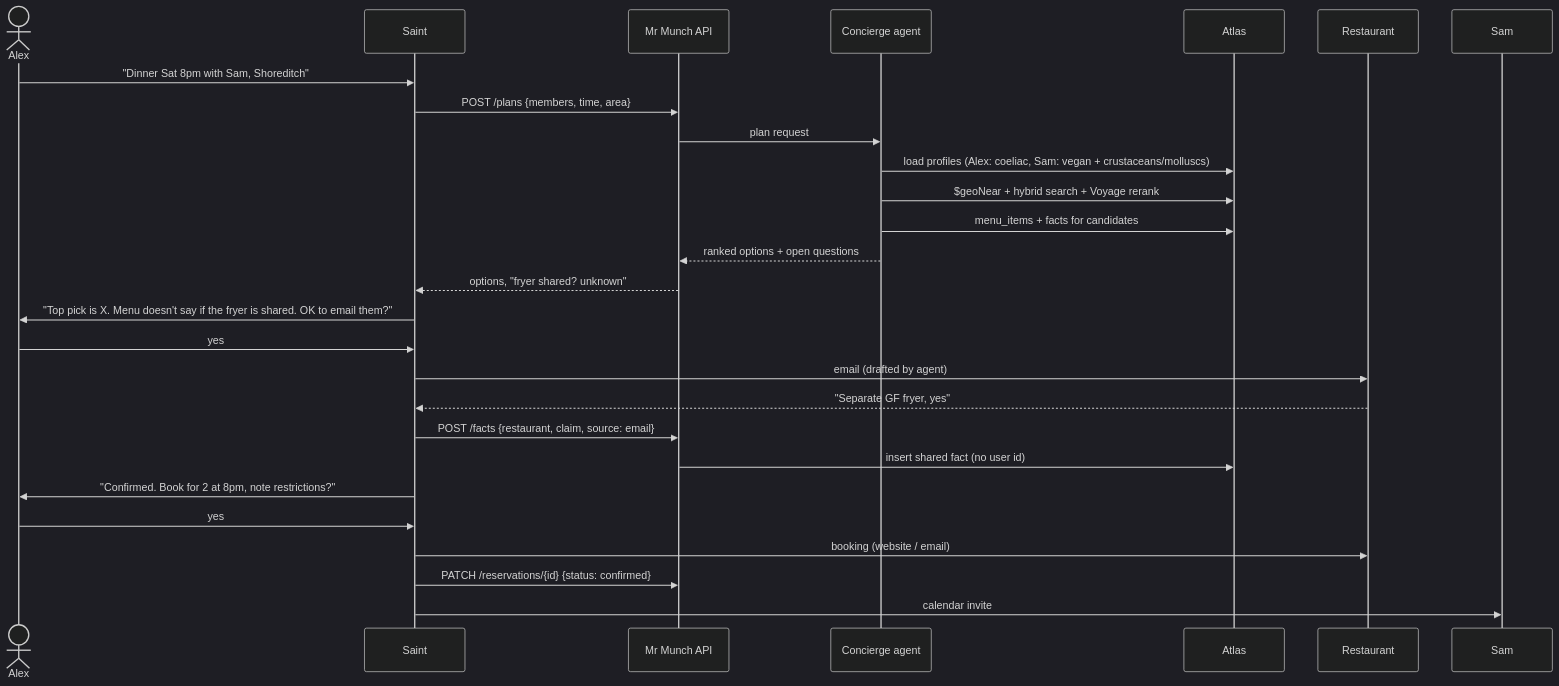
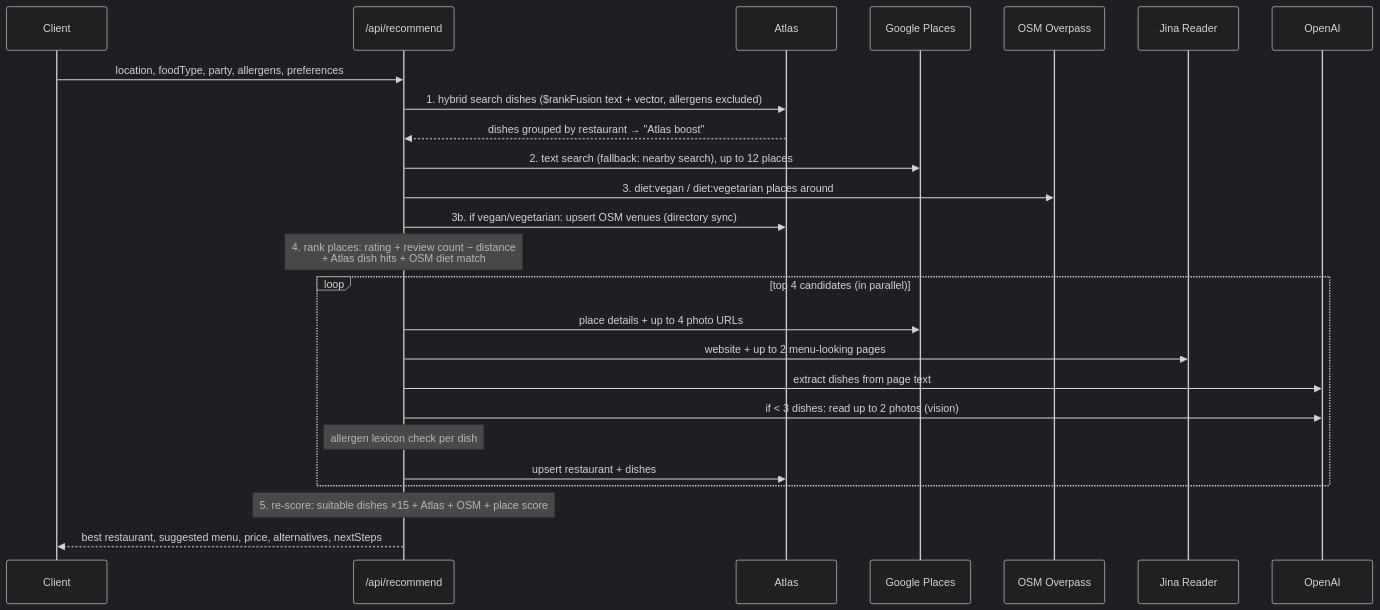
One commit to 0xr3x/mr-munch changed the second of 2 diagrams in docs/DESIGN.md. Above: the diagram before and after it, drawn with Mermaid (dark theme). The commit also changed other lines of this file, not shown here.

````diff
--- a/docs/DESIGN.md
+++ b/docs/DESIGN.md
@@ -90,29 +107,28 @@
 ```mermaid
 sequenceDiagram
-    actor Alex
-    participant Saint
-    participant API as Mr Munch API
-    participant Agent as Concierge agent
-    participant DB as Atlas
-    participant R as Restaurant
+    participant C as Client
+    participant API as /api/recommend
+    participant A as Atlas
+    participant G as Google Places
+    participant O as OSM Overpass
+    participant W as Jina Reader
+    participant AI as OpenAI
 
-    Alex->>Saint: "Dinner Sat 8pm with Sam, Shoreditch"
-    Saint->>API: POST /plans {members, time, area}
-    API->>Agent: plan request
-    Agent->>DB: load profiles (Alex: coeliac, Sam: vegan + crustaceans/molluscs)
-    Agent->>DB: $geoNear + hybrid search + Voyage rerank
-    Agent->>DB: menu_items + facts for candidates
-    Agent-->>API: ranked options + open questions
-    API-->>Saint: options, "fryer shared? unknown"
-    Saint->>Alex: "Top pick is X. Menu doesn't say if the fryer is shared. OK to email them?"
-    Alex->>Saint: yes
-    Saint->>R: email (drafted by agent)
-    R-->>Saint: "Separate GF fryer, yes"
-    Saint->>API: POST /facts {restaurant, claim, source: email}
-    API->>DB: insert shared fact (no user id)
-    Saint->>Alex: "Confirmed. Book for 2 at 8pm, note restrictions?"
-    Alex->>Saint: yes
-    Saint->>R: booking (website / email)
-    Saint->>API: PATCH /reservations/{id} {status: confirmed}
-    Saint->>Sam: calendar invite
+    C->>API: location, foodType, party, allergens, preferences
+    API->>A: 1. hybrid search dishes ($rankFusion text + vector, allergens excluded)
+    A-->>API: dishes grouped by restaurant → "Atlas boost"
+    API->>G: 2. text search (fallback: nearby search), up to 12 places
+    API->>O: 3. diet:vegan / diet:vegetarian places around
+    API->>A: 3b. if vegan/vegetarian: upsert OSM venues (directory sync)
+    Note over API: 4. rank places: rating + review count − distance<br/>+ Atlas dish hits + OSM diet match
+    loop top 4 candidates (in parallel)
+        API->>G: place details + up to 4 photo URLs
+        API->>W: website + up to 2 menu-looking pages
+        API->>AI: extract dishes from page text
+        API->>AI: if < 3 dishes: read up to 2 photos (vision)
+        Note over API: allergen lexicon check per dish
+        API->>A: upsert restaurant + dishes
+    end
+    Note over API: 5. re-score: suitable dishes ×15 + Atlas + OSM + place score
+    API-->>C: best restaurant, suggested menu, price, alternatives, nextSteps
 ```
````
